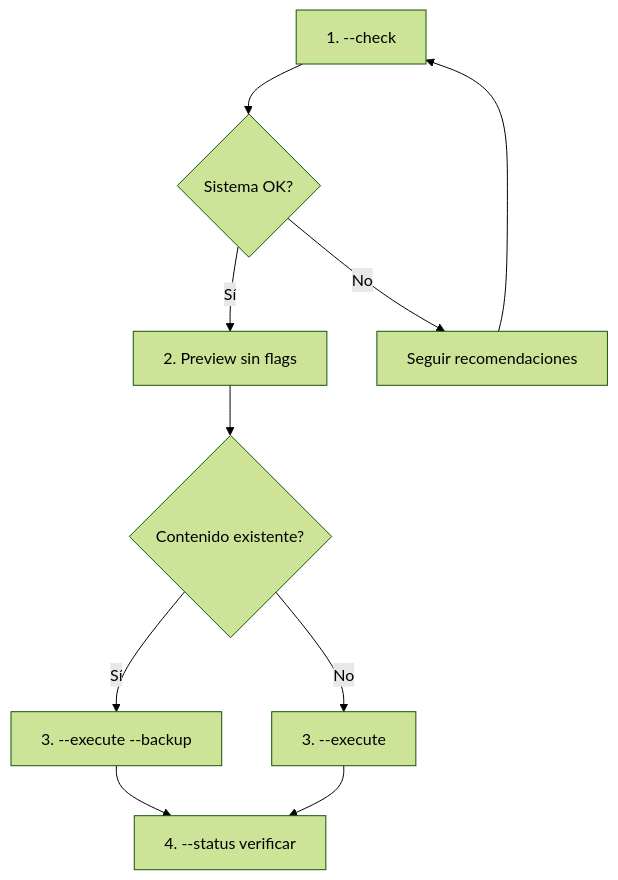
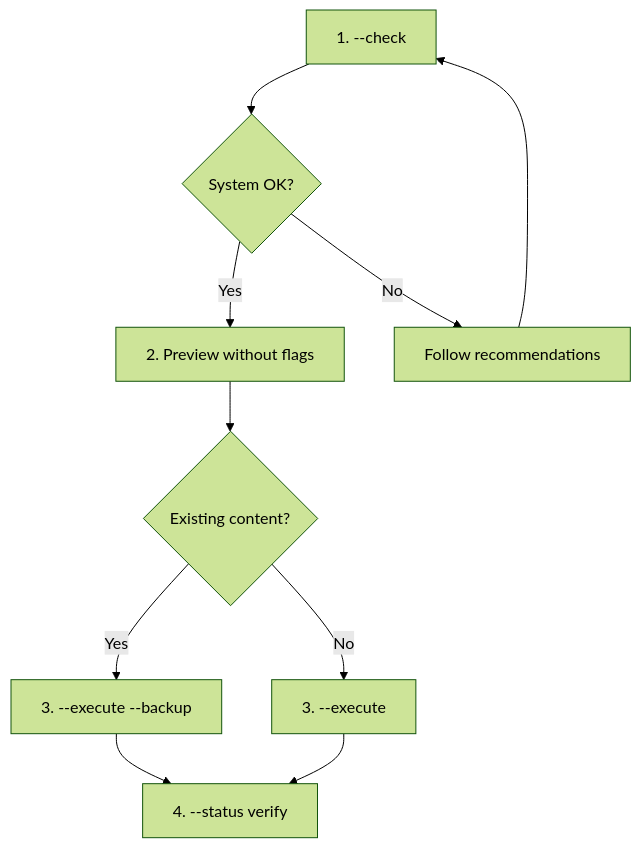
One commit to MaciWP/claude-code-poneglyph changed the diagram in .claude/skills/sync-claude/SKILL.md. Above: the diagram before and after it, drawn with Mermaid (forest theme). The commit also changed other lines of this file and 6 other files, not shown here.

````diff
--- a/.claude/skills/sync-claude/SKILL.md
+++ b/.claude/skills/sync-claude/SKILL.md
@@ -38,12 +38,12 @@
 ```mermaid
 graph TD
-    A[1. --check] --> B{Sistema OK?}
-    B -->|Sí| C[2. Preview sin flags]
-    B -->|No| D[Seguir recomendaciones]
+    A[1. --check] --> B{System OK?}
+    B -->|Yes| C[2. Preview without flags]
+    B -->|No| D[Follow recommendations]
     D --> A
-    C --> E{Contenido existente?}
-    E -->|Sí| F[3. --execute --backup]
+    C --> E{Existing content?}
+    E -->|Yes| F[3. --execute --backup]
     E -->|No| G[3. --execute]
-    F --> H[4. --status verificar]
+    F --> H[4. --status verify]
     G --> H
 ```
````
